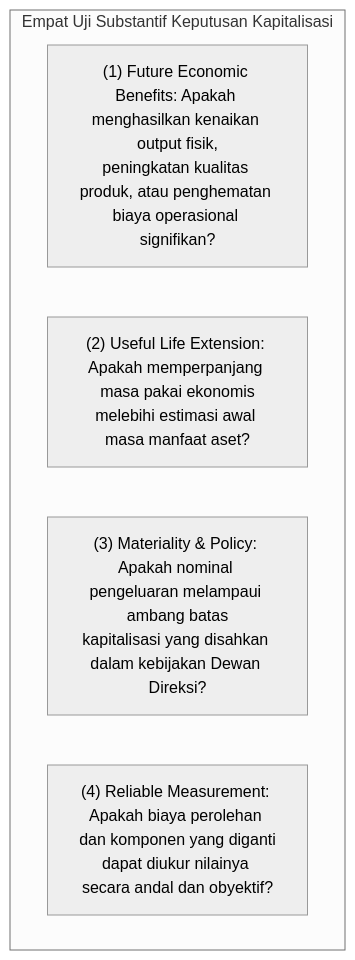
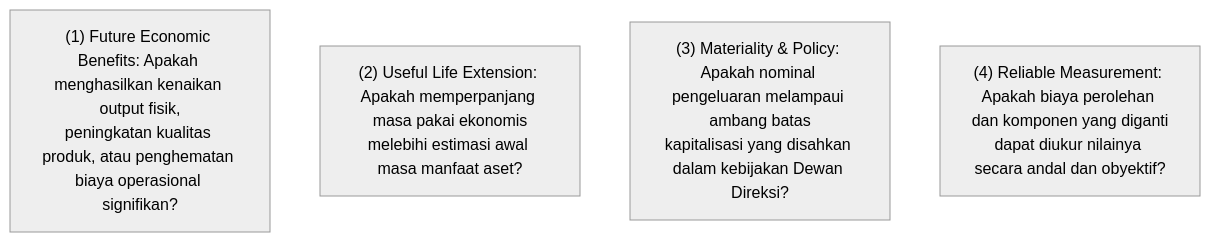
Before and after one commit to alimurrofid/erp-notes: the second of 3 diagrams in content/08-assets/capex-vs-opex.md, drawn with Mermaid (neutral theme). The commit also changed 58 other files, not shown here.

Commit message:
fix(content):Mermaid Subgraph

````diff
--- a/content/08-assets/capex-vs-opex.md
+++ b/content/08-assets/capex-vs-opex.md
@@ -34,9 +34,7 @@
 ```mermaid
 graph TD
-    subgraph DecisionCriteria["Empat Uji Substantif Keputusan Kapitalisasi"]
         U1["(1) Future Economic Benefits: Apakah menghasilkan kenaikan output fisik,<br/>peningkatan kualitas produk, atau penghematan biaya operasional signifikan?"]
         U2["(2) Useful Life Extension: Apakah memperpanjang masa pakai ekonomis<br/>melebihi estimasi awal masa manfaat aset?"]
         U3["(3) Materiality & Policy: Apakah nominal pengeluaran melampaui ambang batas<br/>kapitalisasi yang disahkan dalam kebijakan Dewan Direksi?"]
         U4["(4) Reliable Measurement: Apakah biaya perolehan dan komponen yang diganti<br/>dapat diukur nilainya secara andal dan obyektif?"]
-    end
 ```
````
